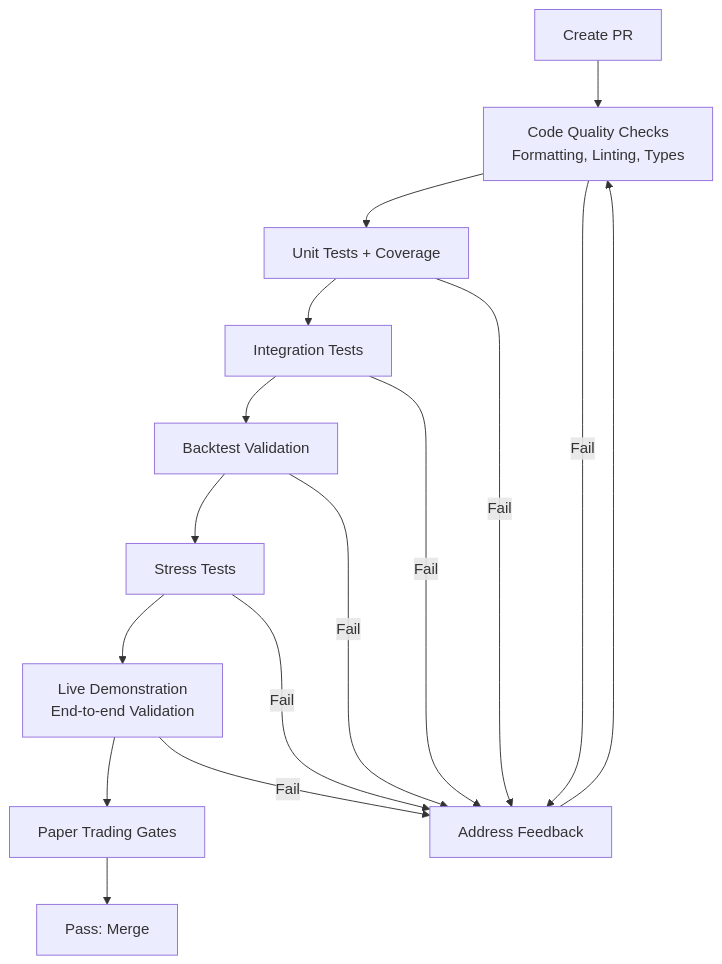
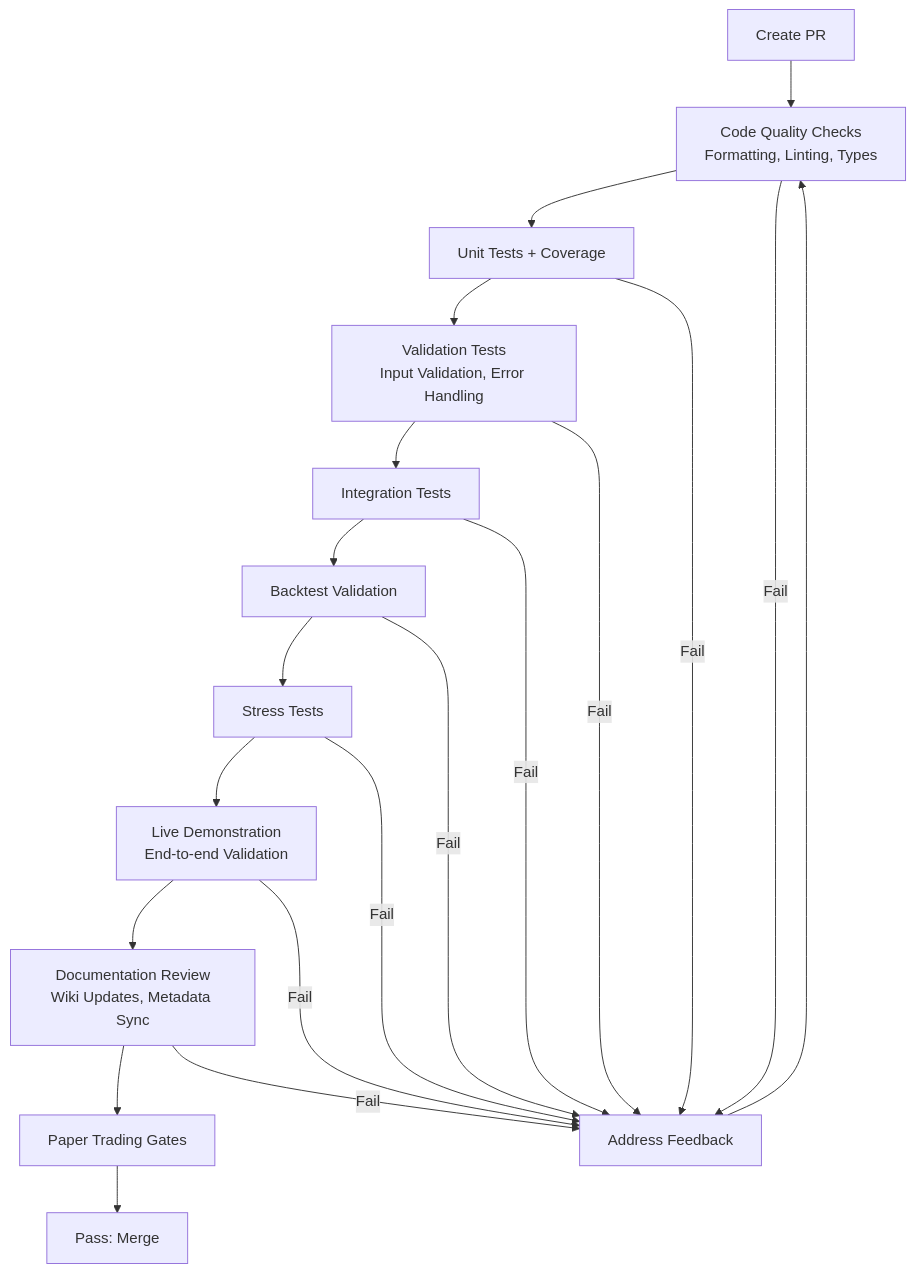
The seventh of 8 diagrams in .qoder/repowiki/en/content/Development Guidelines.md (guofeng201507/shark-quant-trader), drawn with Mermaid before and after one commit. The commit also changed other lines of this file and 14 other files, not shown here.

Commit message:
Update project wiki: add Phase 5-7 documentation

````diff
--- a/.qoder/repowiki/en/content/Development Guidelines.md
+++ b/.qoder/repowiki/en/content/Development Guidelines.md
@@ -254,18 +466,22 @@
 ```mermaid
 flowchart TD
 PR["Create PR"] --> QC["Code Quality Checks<br/>Formatting, Linting, Types"]
 QC --> UT["Unit Tests + Coverage"]
-UT --> IT["Integration Tests"]
+UT --> VT["Validation Tests<br/>Input Validation, Error Handling"]
+VT --> IT["Integration Tests"]
 IT --> BT["Backtest Validation"]
 BT --> ST["Stress Tests"]
 ST --> LiveDemo["Live Demonstration<br/>End-to-end Validation"]
-LiveDemo --> PG["Paper Trading Gates"]
+LiveDemo --> DocReview["Documentation Review<br/>Wiki Updates, Metadata Sync"]
+DocReview --> PG["Paper Trading Gates"]
 PG --> PT["Pass: Merge"]
 QC --> |Fail| FIX["Address Feedback"]
 UT --> |Fail| FIX
+VT --> |Fail| FIX
 IT --> |Fail| FIX
 BT --> |Fail| FIX
 ST --> |Fail| FIX
 LiveDemo --> |Fail| FIX
+DocReview --> |Fail| FIX
 FIX --> QC
 ```
````
